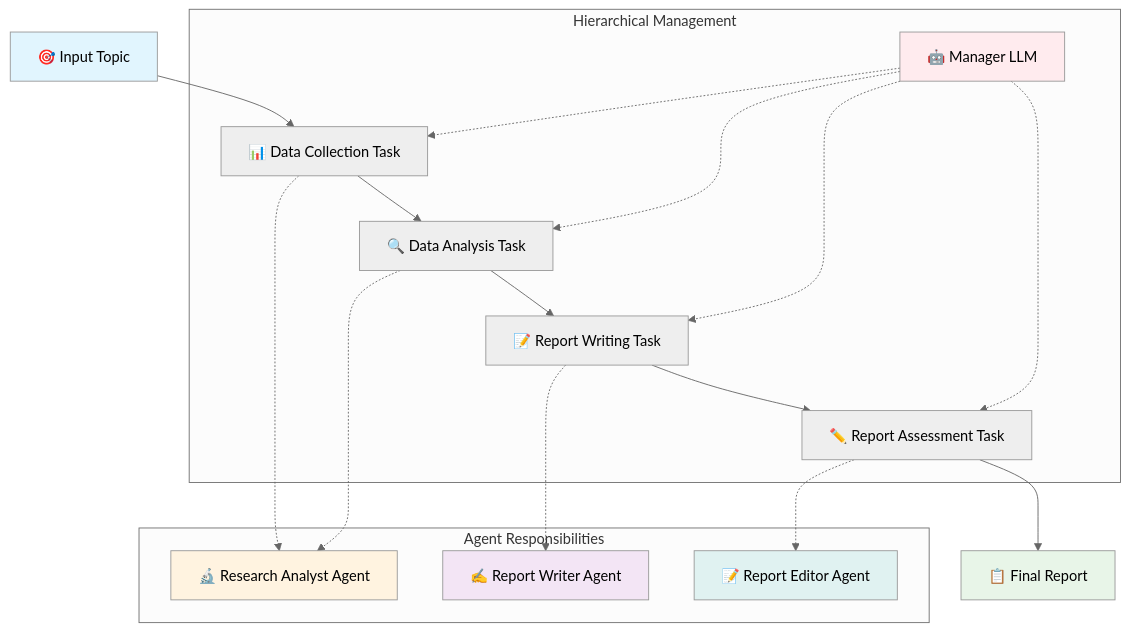
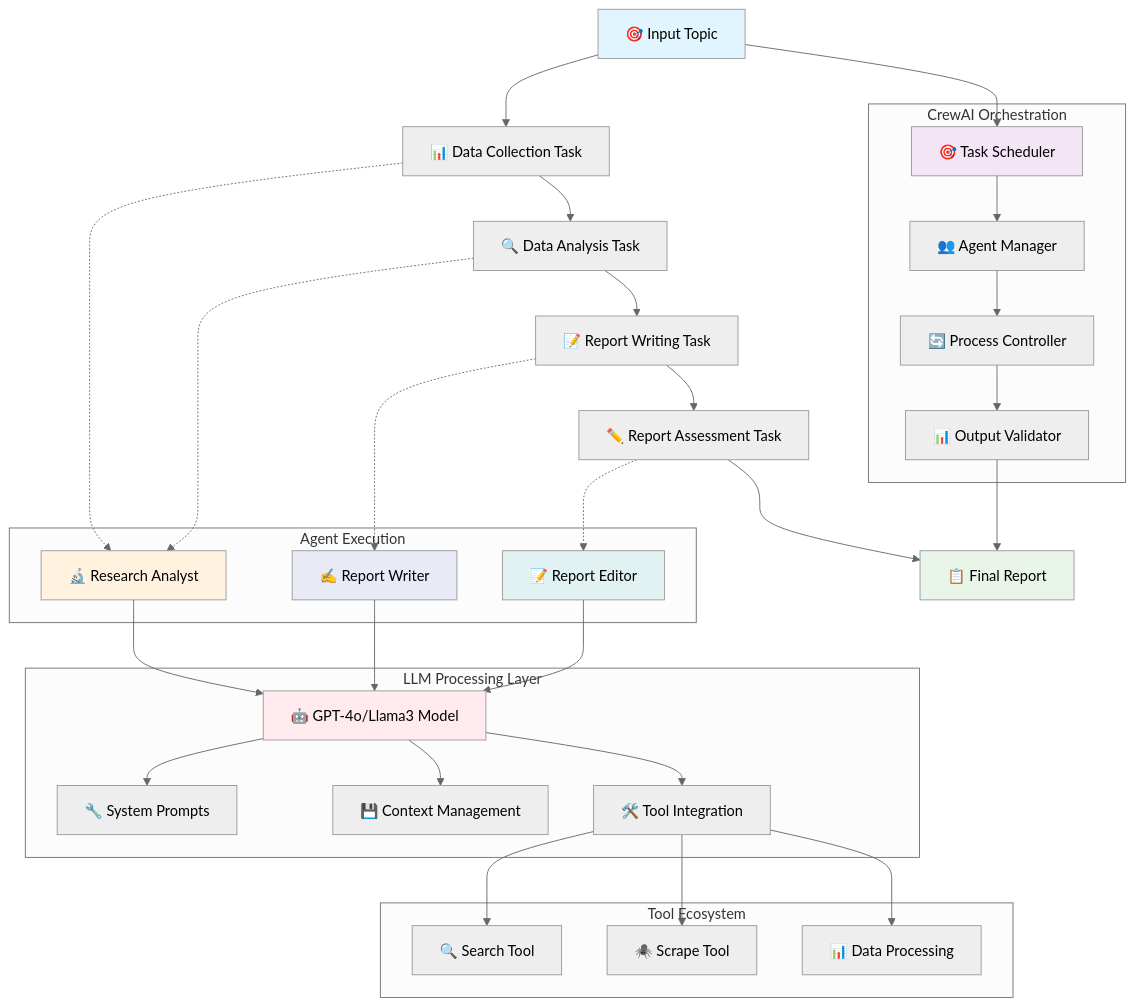
The diagram in GenAI/Agents/CrewAgent/hierarchicalagents/README.md (saifkheraj/d_s), drawn with Mermaid (neutral theme) before and after one commit. The commit also changed other lines of this file, not shown here.

````diff
--- a/GenAI/Agents/CrewAgent/hierarchicalagents/README.md
+++ b/GenAI/Agents/CrewAgent/hierarchicalagents/README.md
@@ -37,34 +117,66 @@
 ```mermaid
 graph TD
     A[🎯 Input Topic] --> B[📊 Data Collection Task]
     B --> C[🔍 Data Analysis Task]
     C --> D[📝 Report Writing Task]
     D --> E[✏️ Report Assessment Task]
     E --> F[📋 Final Report]
     
-    subgraph "Agent Responsibilities"
-        G[🔬 Research Analyst Agent]
-        H[✍️ Report Writer Agent]
-        I[📝 Report Editor Agent]
+    subgraph "LLM Processing Layer"
+        G[🤖 GPT-4o/Llama3 Model]
+        H[🔧 System Prompts]
+        I[💾 Context Management]
+        J[🛠️ Tool Integration]
     end
     
-    B -.-> G
-    C -.-> G
-    D -.-> H
-    E -.-> I
+    subgraph "Agent Execution"
+        K[🔬 Research Analyst]
+        L[✍️ Report Writer]
+        M[📝 Report Editor]
+    end
     
-    subgraph "Hierarchical Management"
-        J[🤖 Manager LLM]
-        J -.-> B
-        J -.-> C
-        J -.-> D
-        J -.-> E
+    subgraph "CrewAI Orchestration"
+        N[🎯 Task Scheduler]
+        O[👥 Agent Manager]
+        P[🔄 Process Controller]
+        Q[📊 Output Validator]
     end
+    
+    subgraph "Tool Ecosystem"
+        R[🔍 Search Tool]
+        S[🕷️ Scrape Tool]
+        T[📊 Data Processing]
+    end
+    
+    A --> N
+    N --> O
+    O --> P
+    
+    B -.-> K
+    C -.-> K
+    D -.-> L
+    E -.-> M
+    
+    K --> G
+    L --> G
+    M --> G
+    
+    G --> H
+    G --> I
+    G --> J
+    
+    J --> R
+    J --> S
+    J --> T
+    
+    P --> Q
+    Q --> F
     
     style A fill:#e1f5fe
     style F fill:#e8f5e8
-    style G fill:#fff3e0
-    style H fill:#f3e5f5
-    style I fill:#e0f2f1
-    style J fill:#ffebee
+    style G fill:#ffebee
+    style N fill:#f3e5f5
+    style K fill:#fff3e0
+    style L fill:#e8eaf6
+    style M fill:#e0f2f1
 ```
````
